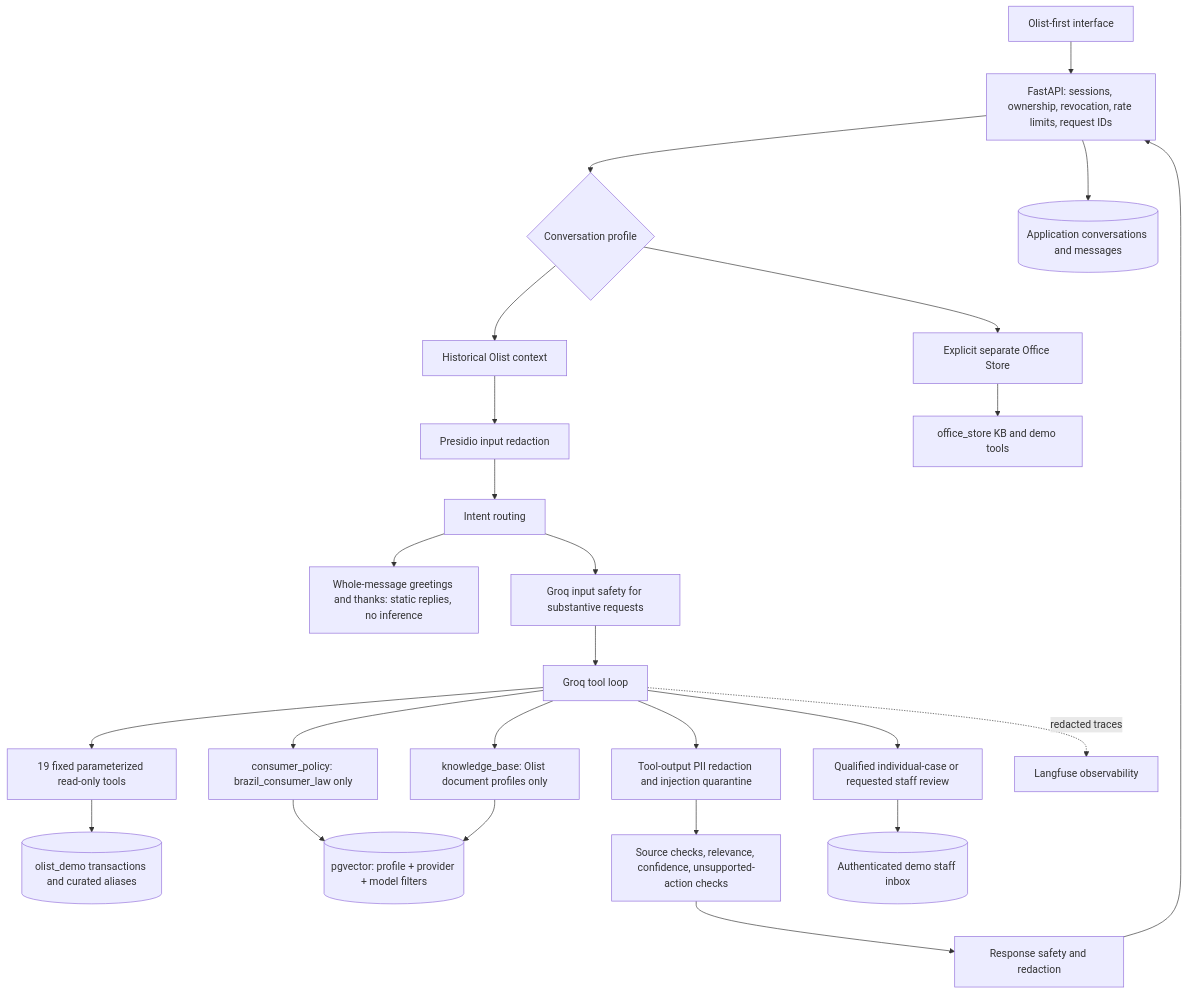
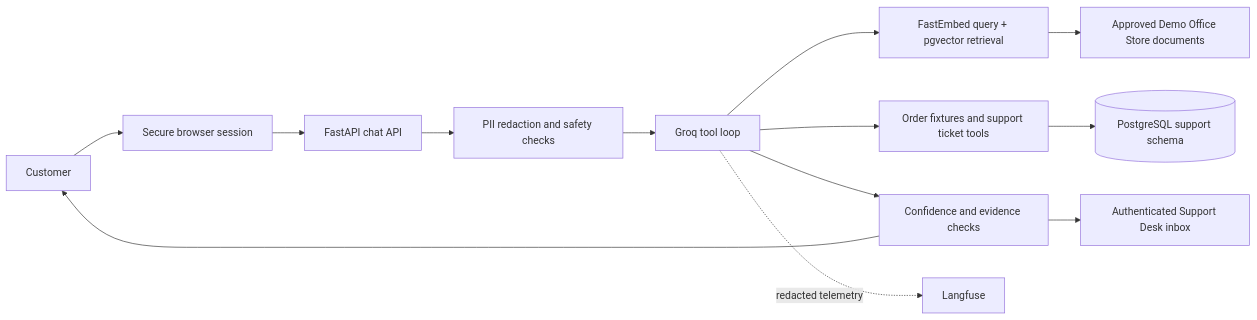
One commit to Bibek1008/Customer-Support-Agent changed the diagram in docs/ARCHITECTURE.md. Above: the diagram before and after it, drawn with Mermaid. The commit also changed other lines of this file and 82 other files, not shown here.

````diff
--- a/docs/ARCHITECTURE.md
+++ b/docs/ARCHITECTURE.md
@@ -7,27 +5,15 @@
 ```mermaid
-flowchart TB
-  UI[Olist-first interface] --> API[FastAPI: sessions, ownership, revocation, rate limits, request IDs]
-  API --> Context{Conversation profile}
-  Context --> Olist[Historical Olist context]
-  Context --> Office[Explicit separate Office Store]
-  Olist --> Redact[Presidio input redaction]
-  Redact --> Route[Intent routing]
-  Route --> Social[Whole-message greetings and thanks: static replies, no inference]
-  Route --> Safety[Groq input safety for substantive requests]
-  Safety --> Agent[Groq tool loop]
-  Agent --> SQL[19 fixed parameterized read-only tools]
-  SQL --> DB[(olist_demo transactions and curated aliases)]
-  Agent --> Law[consumer_policy: brazil_consumer_law only]
-  Agent --> Docs[knowledge_base: Olist document profiles only]
-  Law --> Vector[(pgvector: profile + provider + model filters)]
-  Docs --> Vector
-  Office --> Fiction[office_store KB and demo tools]
-  Agent --> Q[Tool-output PII redaction and injection quarantine]
-  Q --> Evidence[Source checks, relevance, confidence, unsupported-action checks]
-  Evidence --> Out[Response safety and redaction]
-  Out --> API
-  Agent --> Review[Qualified individual-case or requested staff review]
-  Review --> Inbox[(Authenticated demo staff inbox)]
-  API --> History[(Application conversations and messages)]
-  Agent -. redacted traces .-> LF[Langfuse observability]
+flowchart LR
+  Customer --> Session[Secure browser session]
+  Session --> API[FastAPI chat API]
+  API --> Redact[PII redaction and safety checks]
+  Redact --> Agent[Groq tool loop]
+  Agent --> RAG[FastEmbed query + pgvector retrieval]
+  RAG --> Docs[Approved Demo Office Store documents]
+  Agent --> Tools[Order fixtures and support ticket tools]
+  Tools --> DB[(PostgreSQL support schema)]
+  Agent --> Review[Confidence and evidence checks]
+  Review --> Customer
+  Review --> Staff[Authenticated Support Desk inbox]
+  Agent -. redacted telemetry .-> Langfuse
 ```
````
